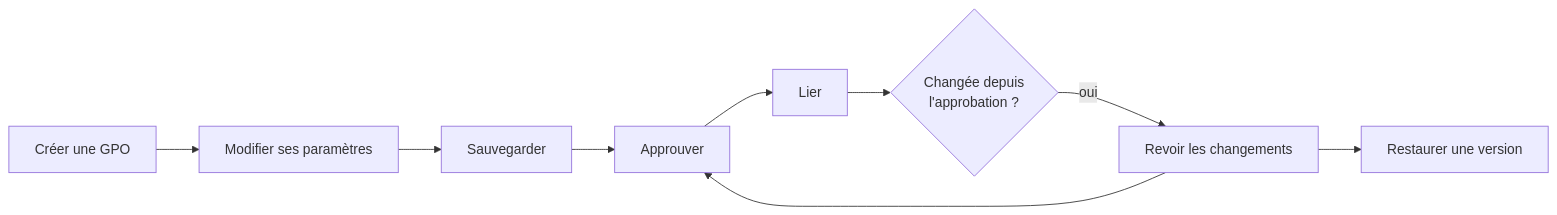
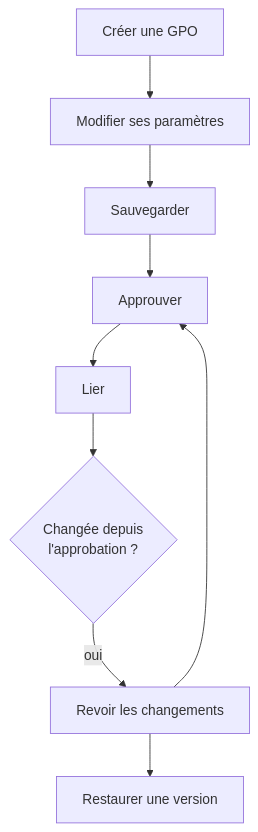
One commit to JM2K69/PSGPOTools changed the diagram in docs/fr/workflows/index.md. Above: the diagram before and after it, drawn with Mermaid. The commit also changed 3 other files, not shown here.

Commit message:
Docs: the architecture diagram names the other PSGPO commands instead of an ellipsis; the workflow overview diagram reads top to bottom

````diff
--- a/docs/fr/workflows/index.md
+++ b/docs/fr/workflows/index.md
@@ -15,11 +15,11 @@
 ```mermaid
-flowchart LR
+flowchart TB
     create[Créer une GPO] --> edit[Modifier ses paramètres]
     edit --> backup[Sauvegarder]
     backup --> approve[Approuver]
     approve --> link[Lier]
     link --> drift{Changée depuis<br/>l'approbation ?}
     drift -- oui --> review[Revoir les changements]
     review --> approve
     review --> restore[Restaurer une version]
 ```
````
